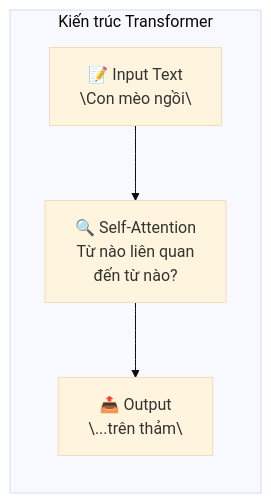
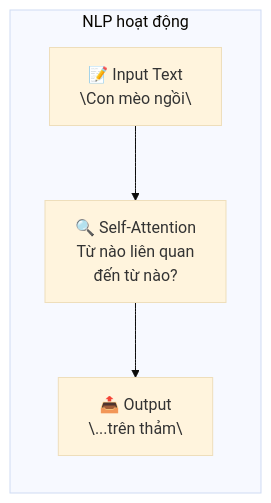
One commit to vuanhtu1993/vuanhtu1993.github.io changed the second of 7 diagrams in blog/2026/04/2026-04-21-ai-tech-evolution.mdx. Above: the diagram before and after it, drawn with Mermaid (base theme). The commit also changed other lines of this file and 22 other files, not shown here.

````diff
--- a/blog/2026/04/2026-04-21-ai-tech-evolution.mdx
+++ b/blog/2026/04/2026-04-21-ai-tech-evolution.mdx
@@ -79,9 +79,9 @@
 ```mermaid
 flowchart LR
-    subgraph "Kiến trúc Transformer"
+    subgraph "NLP hoạt động"
         IN["📝 Input Text<br>\"Con mèo ngồi\""]
         ATT["🔍 Self-Attention<br>Từ nào liên quan<br>đến từ nào?"]
         OUT["📤 Output<br>\"...trên thảm\""]
     end
     IN --> ATT --> OUT
 ```
````
